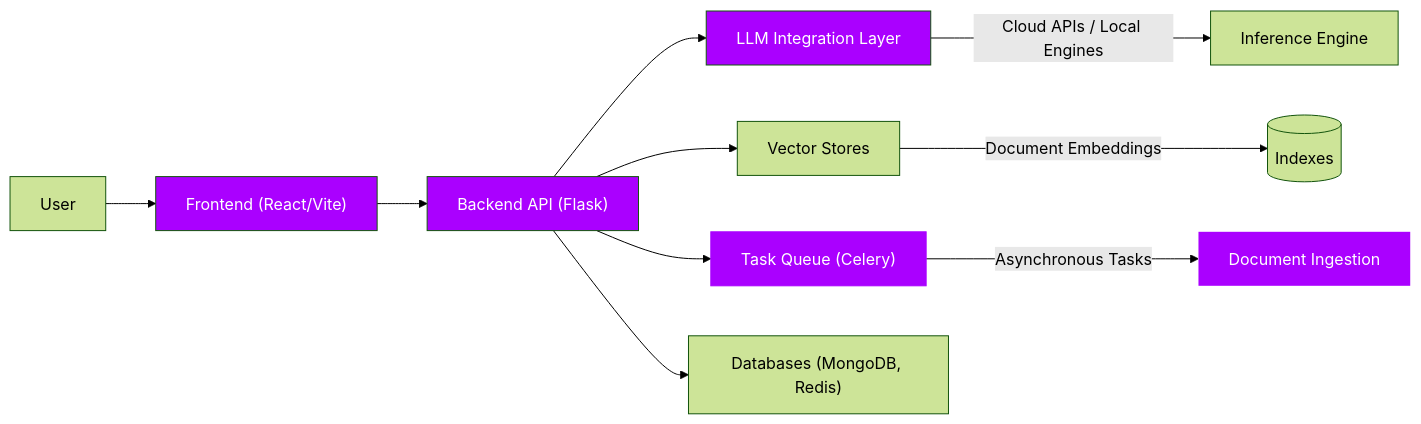
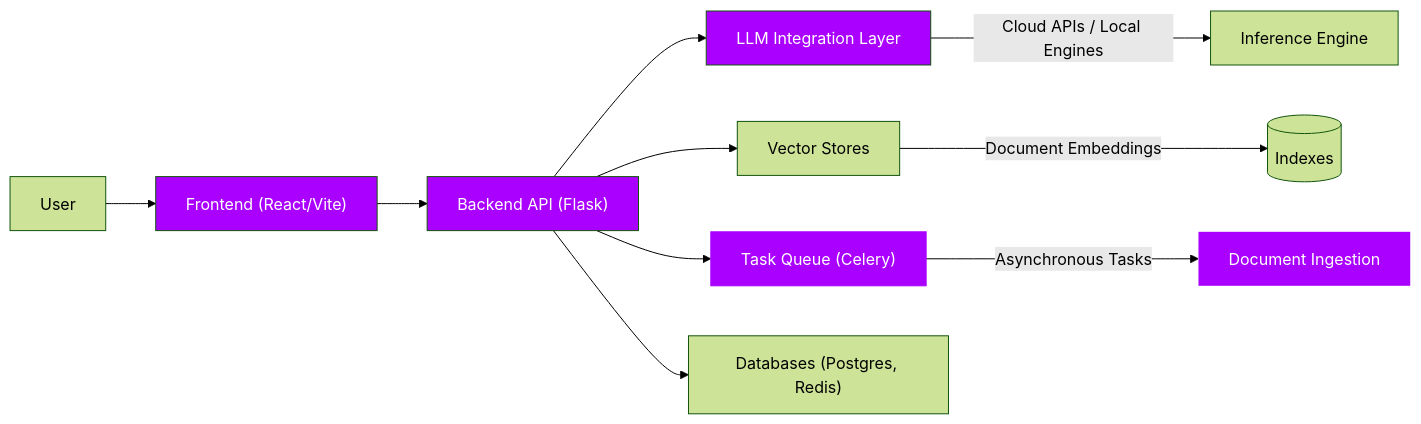
The first of 3 diagrams in docs/content/Guides/Architecture.mdx (arc53/DocsGPT), drawn with Mermaid (forest theme) before and after one commit. The commit also changed other lines of this file and 311 other files, not shown here.

````diff
--- a/docs/content/Guides/Architecture.mdx
+++ b/docs/content/Guides/Architecture.mdx
@@ -14,15 +14,15 @@
 ```mermaid
 flowchart LR
     User["User"] --> Frontend["Frontend (React/Vite)"]
     Frontend --> Backend["Backend API (Flask)"]
-    Backend --> LLM["LLM Integration Layer"] & VectorStore["Vector Stores"] & TaskQueue["Task Queue (Celery)"] & Databases["Databases (MongoDB, Redis)"]
+    Backend --> LLM["LLM Integration Layer"] & VectorStore["Vector Stores"] & TaskQueue["Task Queue (Celery)"] & Databases["Databases (Postgres, Redis)"]
     LLM -- Cloud APIs / Local Engines --> InferenceEngine["Inference Engine"]
     VectorStore -- Document Embeddings --> Indexes[("Indexes")]
     TaskQueue -- Asynchronous Tasks --> DocumentIngestion["Document Ingestion"]
 
     style Frontend fill:#AA00FF,color:#FFFFFF
     style Backend fill:#AA00FF,color:#FFFFFF
     style LLM fill:#AA00FF,color:#FFFFFF
     style TaskQueue fill:#AA00FF,color:#FFFFFF,stroke:#AA00FF
     style DocumentIngestion fill:#AA00FF,color:#FFFFFF,stroke:none
 ```
````
